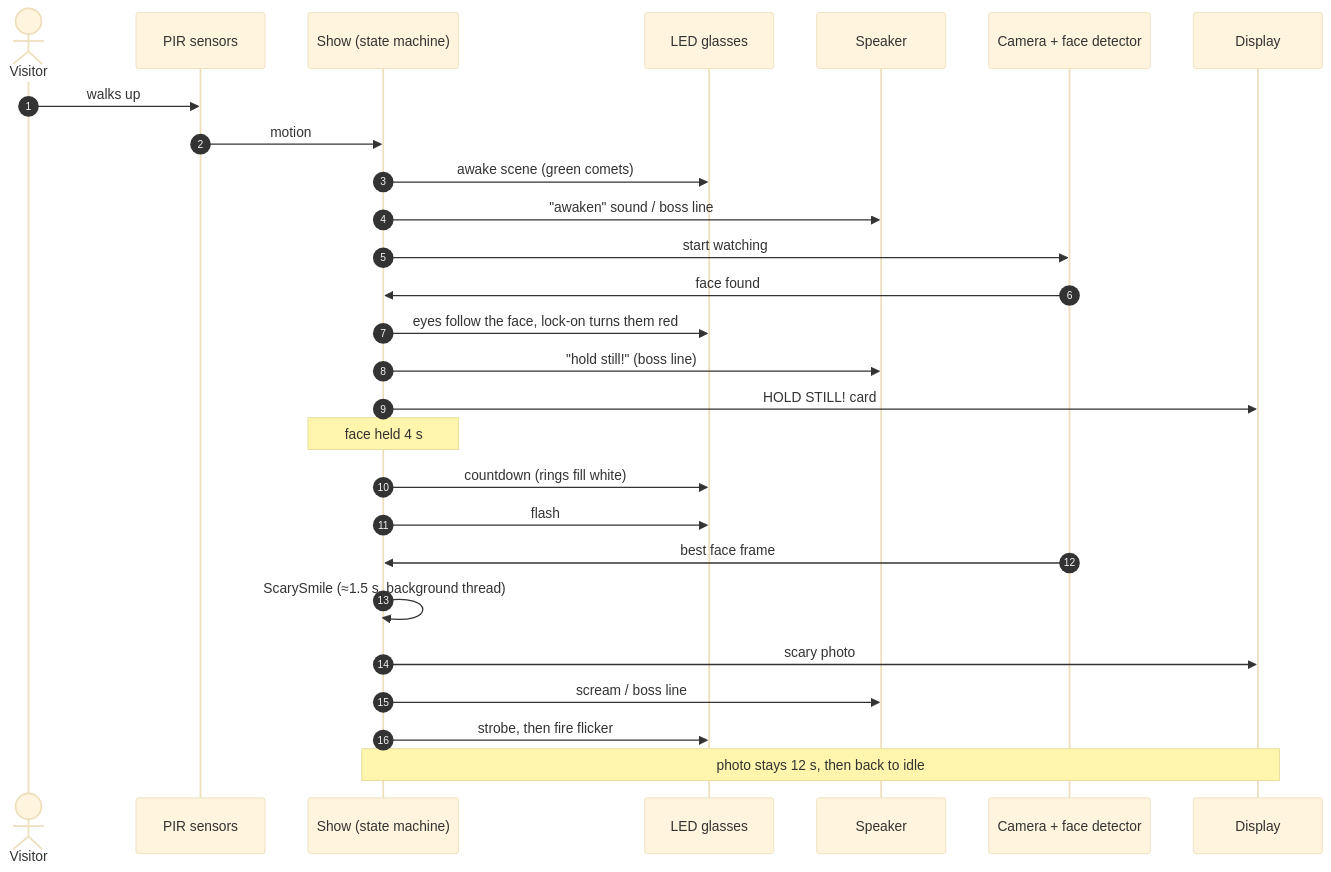
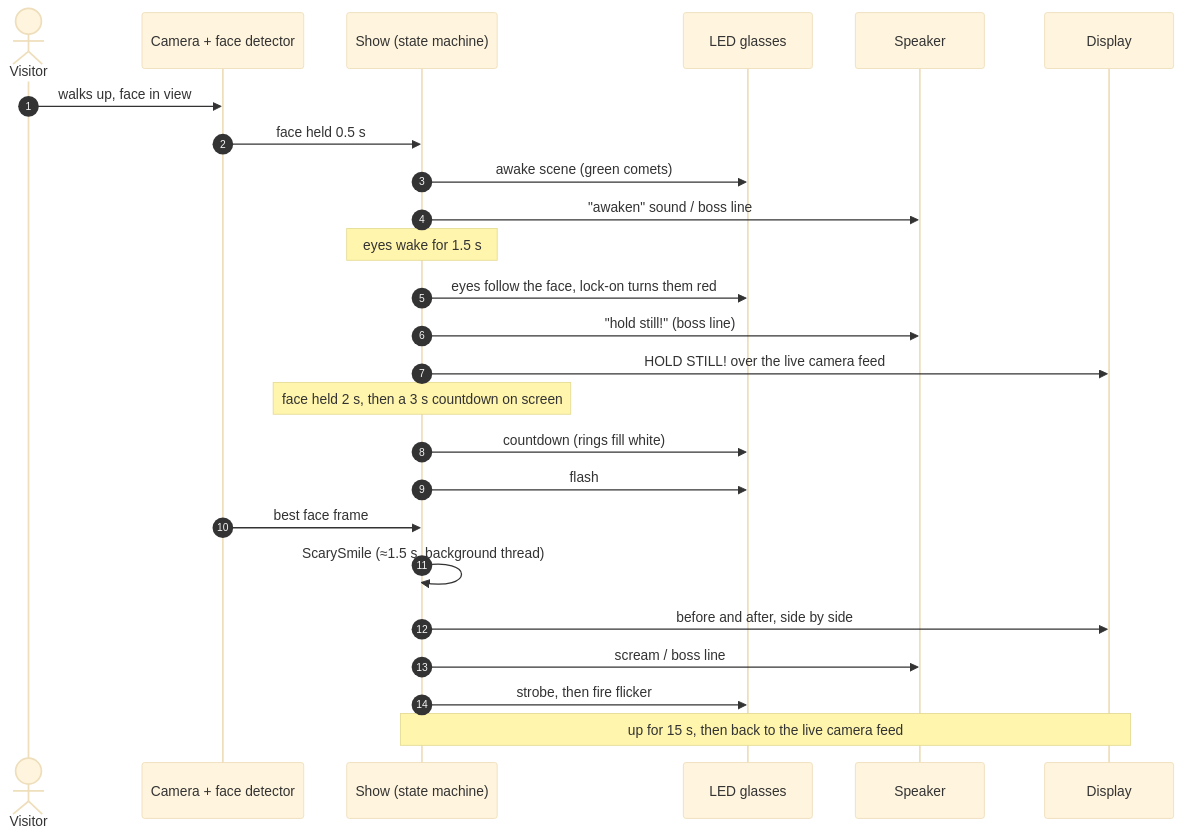
Before and after one commit to mxmrsn/spooky-pi: the diagram in docs/diagrams/visit.mmd, drawn with Mermaid (base theme). The commit also changed 32 other files, not shown here.

First line of the commit message:
Teensy LED driver, face-triggered show and a live camera screen

```diff
--- a/docs/diagrams/visit.mmd
+++ b/docs/diagrams/visit.mmd
@@ -1,28 +1,26 @@
 sequenceDiagram
     autonumber
     actor V as Visitor
-    participant P as PIR sensors
+    participant C as Camera + face detector
     participant S as Show (state machine)
     participant G as LED glasses
     participant A as Speaker
-    participant C as Camera + face detector
     participant D as Display
 
-    V->>P: walks up
-    P->>S: motion
+    V->>C: walks up, face in view
+    C->>S: face held 0.5 s
     S->>G: awake scene (green comets)
     S->>A: "awaken" sound / boss line
-    S->>C: start watching
-    C->>S: face found
+    Note over S: eyes wake for 1.5 s
     S->>G: eyes follow the face, lock-on turns them red
     S->>A: "hold still!" (boss line)
-    S->>D: HOLD STILL! card
-    Note over S: face held 4 s
+    S->>D: HOLD STILL! over the live camera feed
+    Note over S: face held 2 s, then a 3 s countdown on screen
     S->>G: countdown (rings fill white)
     S->>G: flash
     C->>S: best face frame
     S->>S: ScarySmile (≈1.5 s, background thread)
-    S->>D: scary photo
+    S->>D: before and after, side by side
     S->>A: scream / boss line
     S->>G: strobe, then fire flicker
-    Note over S,D: photo stays 12 s, then back to idle
+    Note over S,D: up for 15 s, then back to the live camera feed
```
